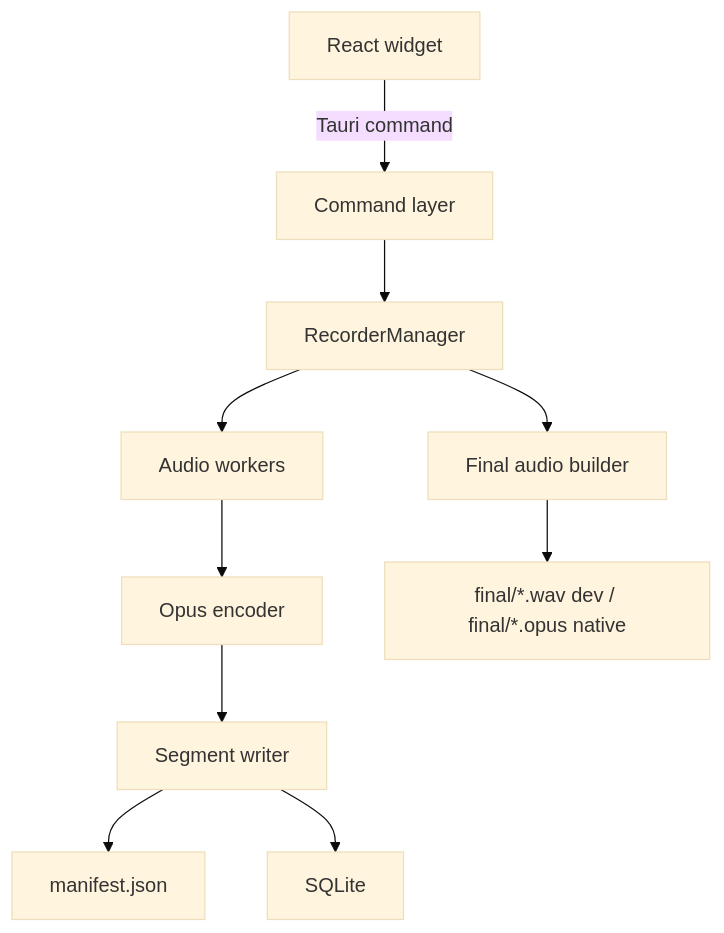
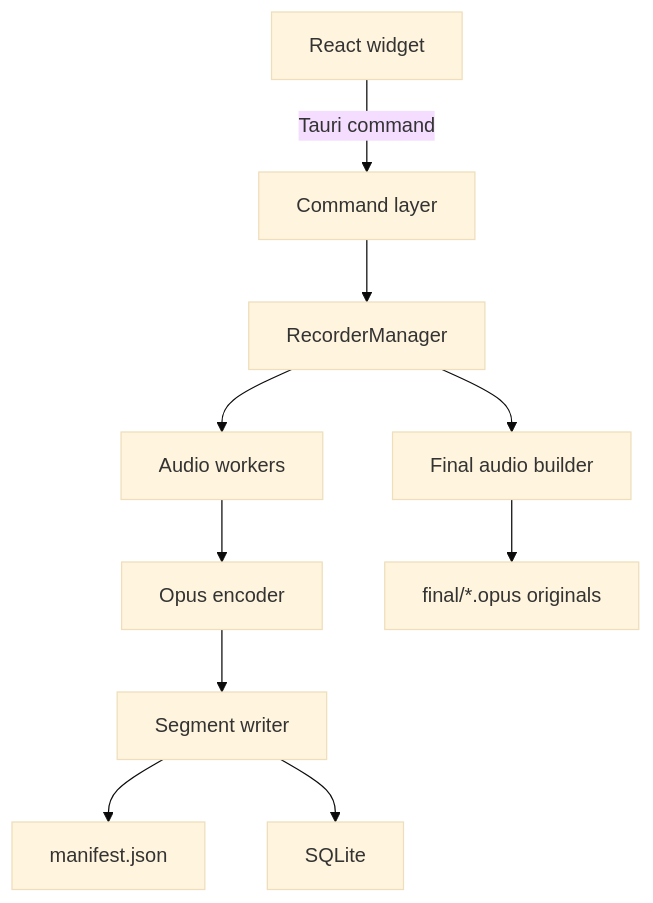
The diagram in docs/architecture.md (VicenteJ20/meetpulse-desktop), drawn with Mermaid (base theme) before and after one commit. The commit also changed other lines of this file and 13 other files, not shown here.

Commit message:
feat: capture native opus audio

````diff
--- a/docs/architecture.md
+++ b/docs/architecture.md
@@ -13,12 +13,12 @@
 ```mermaid
 flowchart TD
   UI["React widget"] -->|"Tauri command"| Commands["Command layer"]
   Commands --> Manager["RecorderManager"]
   Manager --> Capture["Audio workers"]
   Capture --> Encoder["Opus encoder"]
   Encoder --> Writer["Segment writer"]
   Writer --> Manifest["manifest.json"]
   Writer --> DB["SQLite"]
   Manager --> Finalizer["Final audio builder"]
-  Finalizer --> Final["final/*.wav dev / final/*.opus native"]
+  Finalizer --> Final["final/*.opus originals"]
 ```
````
